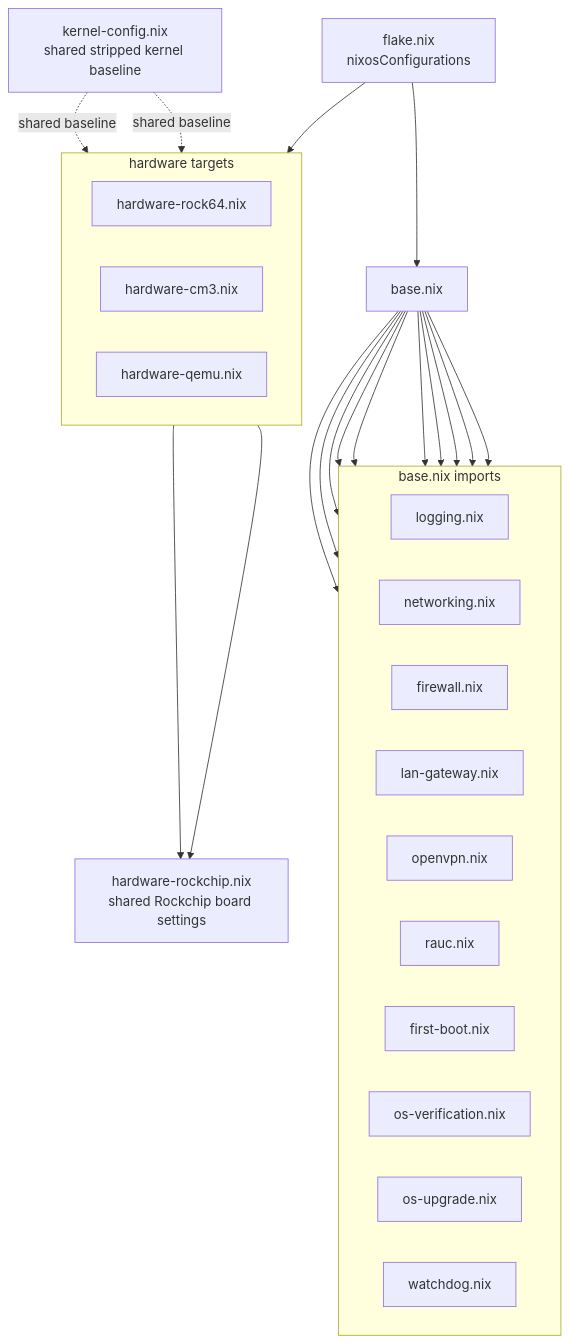
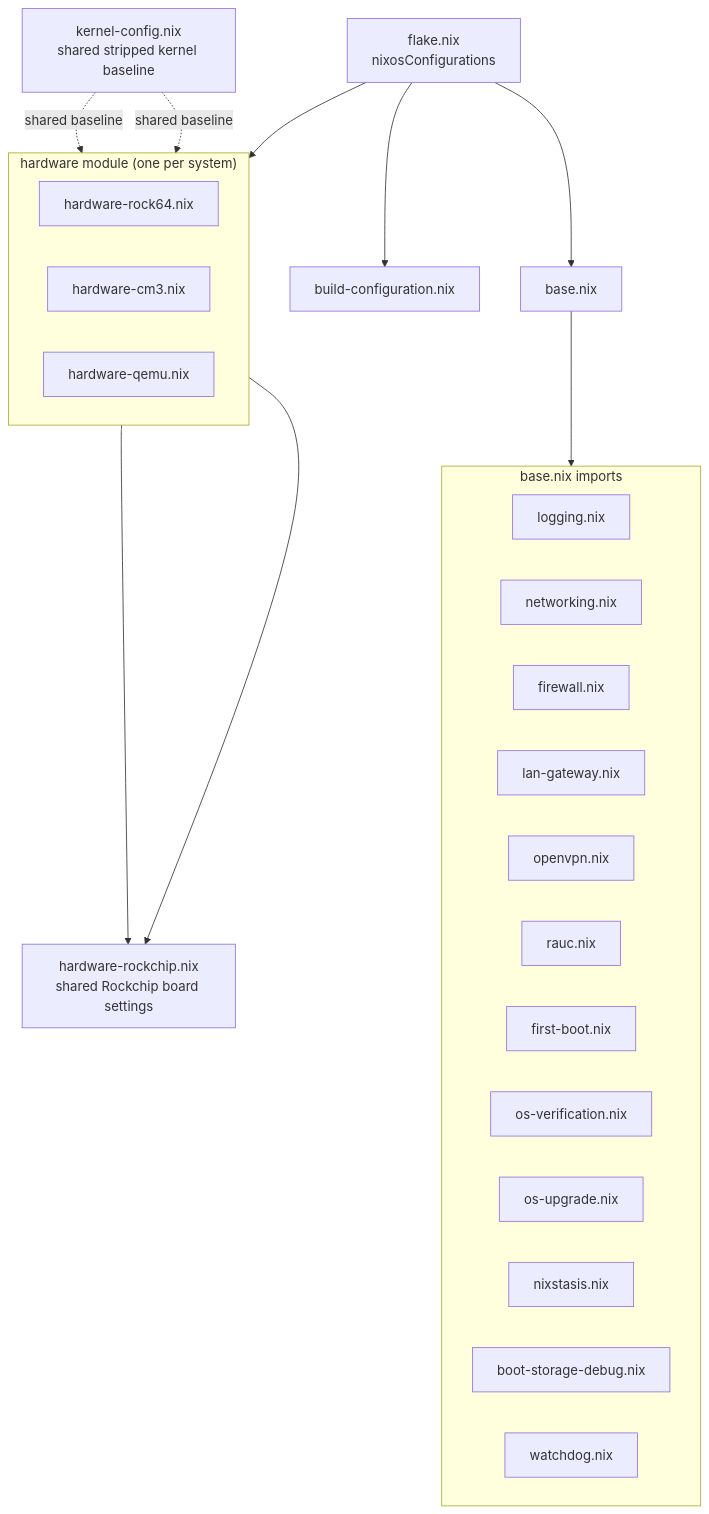
One commit to RobertDeRose/atomixos changed the diagram in docs/src/code-reference/modules.md. Above: the diagram before and after it, drawn with Mermaid. The commit also changed other lines of this file and 103 other files, not shown here.

````diff
--- a/docs/src/code-reference/modules.md
+++ b/docs/src/code-reference/modules.md
@@ -9,44 +10,39 @@
 ```mermaid
 flowchart TD
+    FLAKE["flake.nix<br/>nixosConfigurations"]
     KERNEL["kernel-config.nix<br/>shared stripped kernel baseline"]
 
-    subgraph HARDWARE["hardware targets"]
+    FLAKE --> BASE["base.nix"]
+    FLAKE --> BUILDCFG["build-configuration.nix"]
+    FLAKE --> HARDWARE
+
+    subgraph HARDWARE["hardware module (one per system)"]
         direction LR
         ROCK64["hardware-rock64.nix"]
         CM3["hardware-cm3.nix"]
         QEMU["hardware-qemu.nix"]
     end
 
     ROCK64 --> ROCKCHIP["hardware-rockchip.nix<br/>shared Rockchip board settings"]
     CM3 --> ROCKCHIP
-    FLAKE["flake.nix<br/>nixosConfigurations"] --> BASE["base.nix"]
-    FLAKE --> HARDWARE
 
     subgraph IMPORTS["base.nix imports"]
         direction LR
         LOGGING["logging.nix"]
         NETWORKING["networking.nix"]
         FIREWALL["firewall.nix"]
         LAN["lan-gateway.nix"]
         OPENVPN["openvpn.nix"]
         RAUC["rauc.nix"]
         FIRSTBOOT["first-boot.nix"]
         VERIFY["os-verification.nix"]
         UPGRADE["os-upgrade.nix"]
+        NIXSTASIS["nixstasis.nix"]
+        DEBUG["boot-storage-debug.nix"]
         WATCHDOG["watchdog.nix"]
     end
 
-    BASE --> NETWORKING
-    BASE --> LOGGING
-    BASE --> FIREWALL
-    BASE --> LAN
-    BASE --> OPENVPN
-    BASE --> RAUC
-    BASE --> FIRSTBOOT
-    BASE --> VERIFY
-    BASE --> UPGRADE
-    BASE --> WATCHDOG
-
+    BASE --> IMPORTS
     KERNEL -. shared baseline .-> ROCK64
     KERNEL -. shared baseline .-> QEMU
 ```
````
